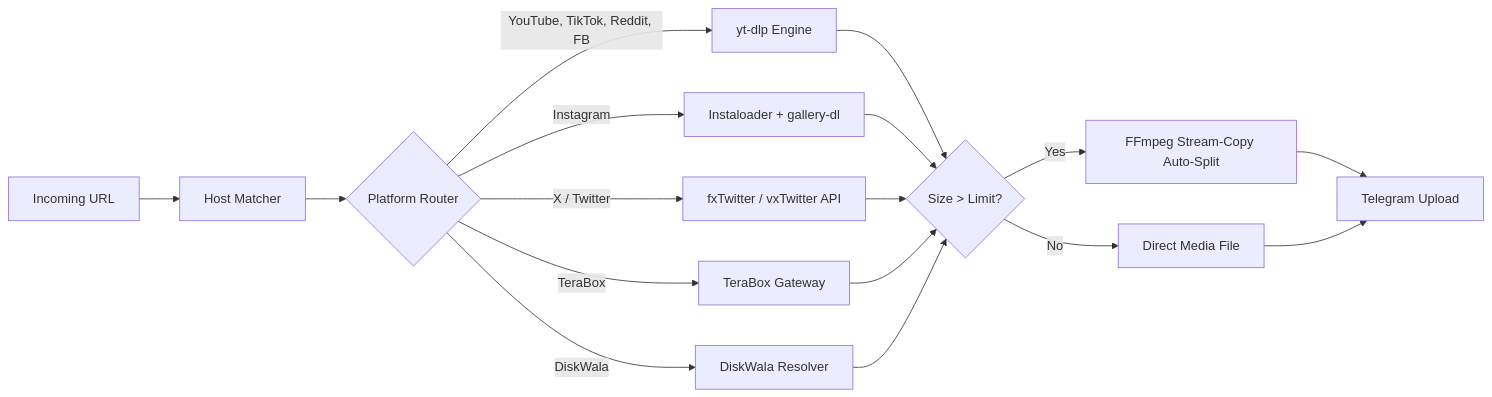
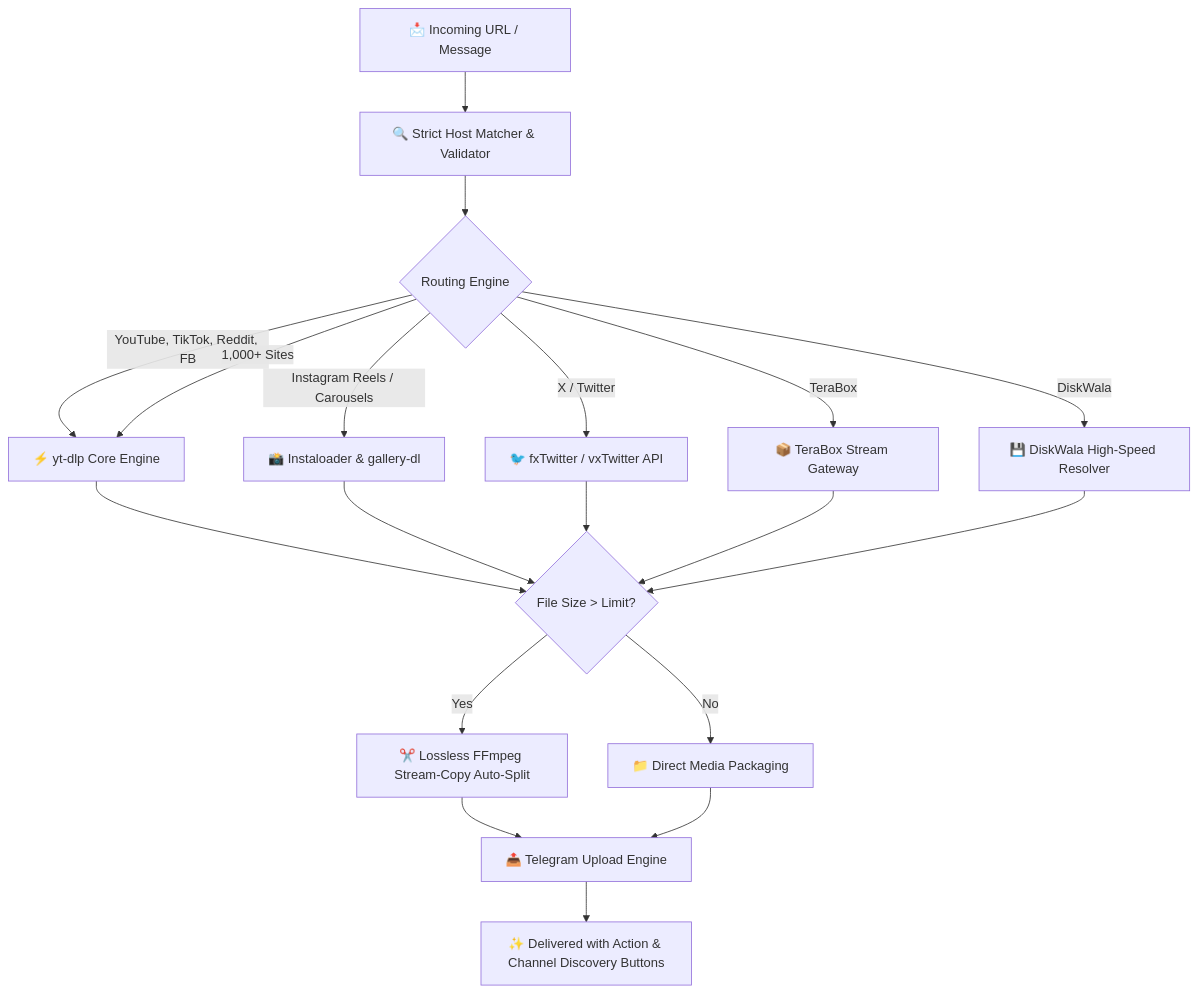
The diagram in README.md (rahilanw4r/universal-media-downloader-bot), drawn with Mermaid before and after one commit. The commit also changed other lines of this file, not shown here.

Commit message:
docs(readme): redesign README with modern badges, UI preview, architecture diagram, and deployment guides

````diff
--- a/README.md
+++ b/README.md
@@ -42,14 +84,20 @@
 ```mermaid
-flowchart LR
-    A["Incoming URL"] --> B["Host Matcher"]
-    B --> C{"Platform Router"}
-    C -->|YouTube, TikTok, Reddit, FB| D["yt-dlp Engine"]
-    C -->|Instagram| E["Instaloader + gallery-dl"]
-    C -->|X / Twitter| F["fxTwitter / vxTwitter API"]
-    C -->|TeraBox| G["TeraBox Gateway"]
-    C -->|DiskWala| H["DiskWala Resolver"]
-    D & E & F & G & H --> I{"Size > Limit?"}
-    I -->|Yes| J["FFmpeg Stream-Copy Auto-Split"]
-    I -->|No| K["Direct Media File"]
-    J & K --> L["Telegram Upload"]
+flowchart TD
+    A["📩 Incoming URL / Message"] --> B["🔍 Strict Host Matcher & Validator"]
+    B --> C{"Routing Engine"}
+    
+    C -->|"YouTube, TikTok, Reddit, FB"| D["⚡ yt-dlp Core Engine"]
+    C -->|"Instagram Reels / Carousels"| E["📸 Instaloader & gallery-dl"]
+    C -->|"X / Twitter"| F["🐦 fxTwitter / vxTwitter API"]
+    C -->|"TeraBox"| G["📦 TeraBox Stream Gateway"]
+    C -->|"DiskWala"| H["💾 DiskWala High-Speed Resolver"]
+    C -->|"1,000+ Sites"| D
+    
+    D & E & F & G & H --> I{"File Size > Limit?"}
+    
+    I -->|"Yes"| J["✂️ Lossless FFmpeg Stream-Copy Auto-Split"]
+    I -->|"No"| K["📁 Direct Media Packaging"]
+    
+    J & K --> L["📤 Telegram Upload Engine"]
+    L --> M["✨ Delivered with Action & Channel Discovery Buttons"]
 ```
````
